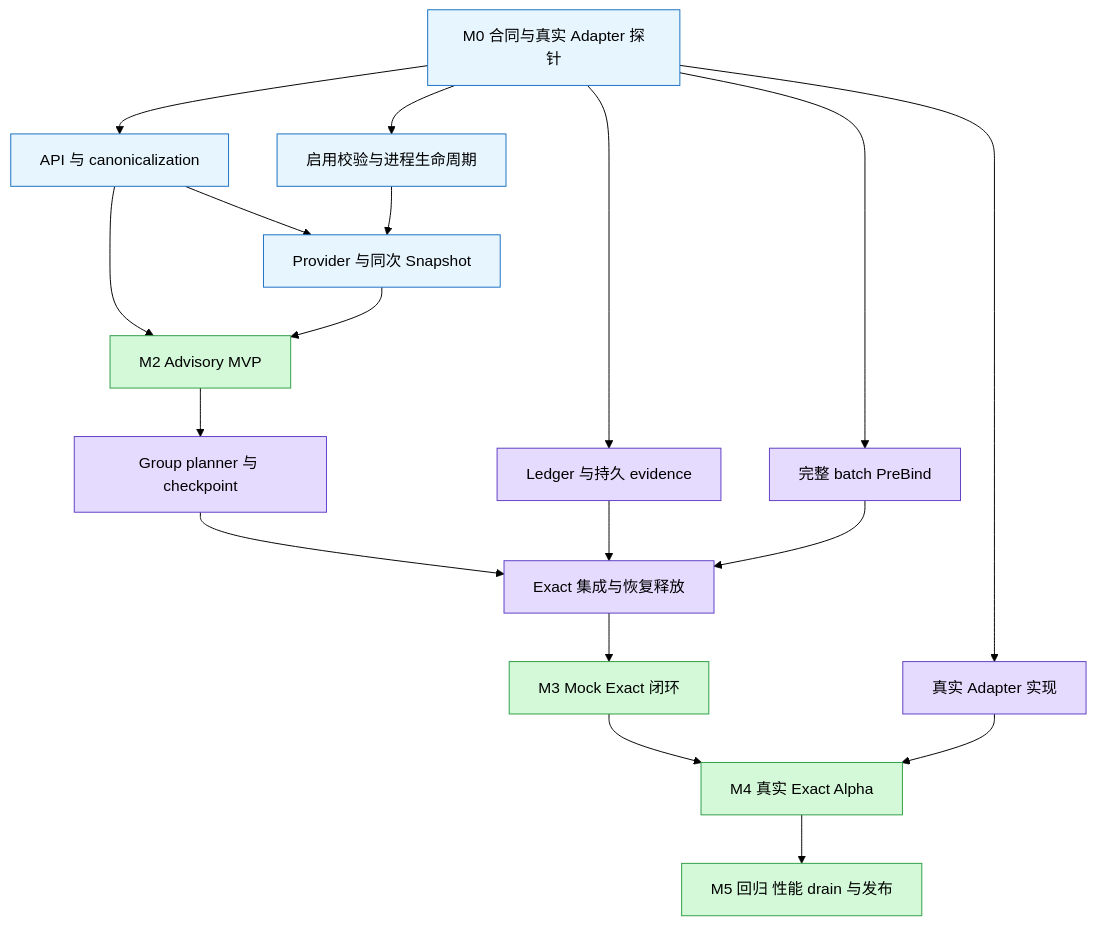
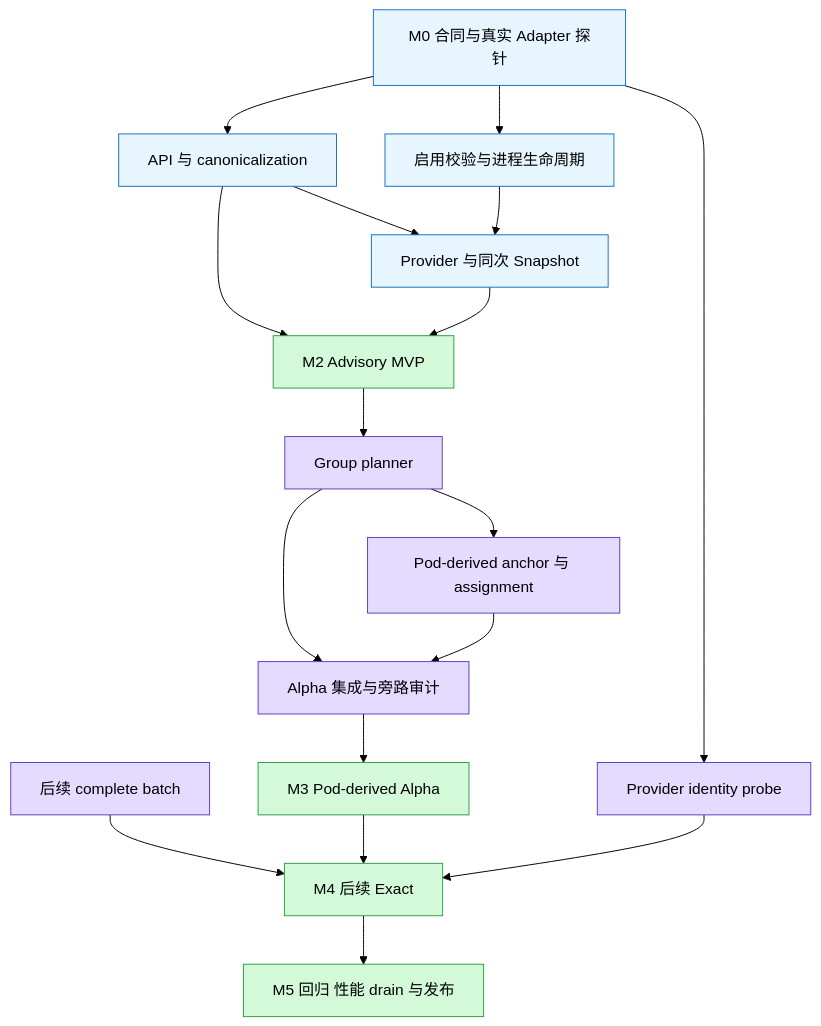
One commit to SiuMai99/volcano changed the diagram in docs/design/xpu-topology-aware/100-generic-xpu-topology-aware-development-plan-zh-v4.md. Above: the diagram before and after it, drawn with Mermaid (forest theme). The commit also changed other lines of this file and 3 other files, not shown here.

Commit message:
xpu topology-aware scheduling design- v4  XPU-00 去除复杂的 Group anchor 与 allocation evidence 。从已经绑定/运行中的 Pod 重新推导 Group anchor

````diff
--- a/docs/design/xpu-topology-aware/100-generic-xpu-topology-aware-development-plan-zh-v4.md
+++ b/docs/design/xpu-topology-aware/100-generic-xpu-topology-aware-development-plan-zh-v4.md
@@ -109,39 +111,38 @@
 ```mermaid
 flowchart TB
     C["M0 合同与真实 Adapter 探针"]
     A["API 与 canonicalization"]
     B["启用校验与进程生命周期"]
     D["Provider 与同次 Snapshot"]
     E["M2 Advisory MVP"]
-    P["Group planner 与 checkpoint"]
-    T["Ledger 与持久 evidence"]
-    Q["完整 batch PreBind"]
-    I["Exact 集成与恢复释放"]
-    R["真实 Adapter 实现"]
-    F["M3 Mock Exact 闭环"]
-    H["M4 真实 Exact Alpha"]
+    P["Group planner"]
+    T["Pod-derived anchor 与 assignment"]
+    Q["后续 complete batch"]
+    I["Alpha 集成与旁路审计"]
+    R["Provider identity probe"]
+    F["M3 Pod-derived Alpha"]
+    H["M4 后续 Exact"]
     V["M5 回归 性能 drain 与发布"]
     C --> A
     C --> B
     C --> R
     A --> D
     B --> D
     A --> E
     D --> E
     E --> P
-    C --> T
-    C --> Q
+    P --> T
     P --> I
     T --> I
-    Q --> I
+    Q --> H
     I --> F
     F --> H
     R --> H
     H --> V
     classDef base fill:#e7f5ff,stroke:#1971c2;
     classDef exact fill:#e5dbff,stroke:#5f3dc4;
     classDef deliver fill:#d3f9d8,stroke:#2f9e44;
     class C,A,B,D base;
     class P,T,Q,I,R exact;
     class E,F,H,V deliver;
 ```
````
